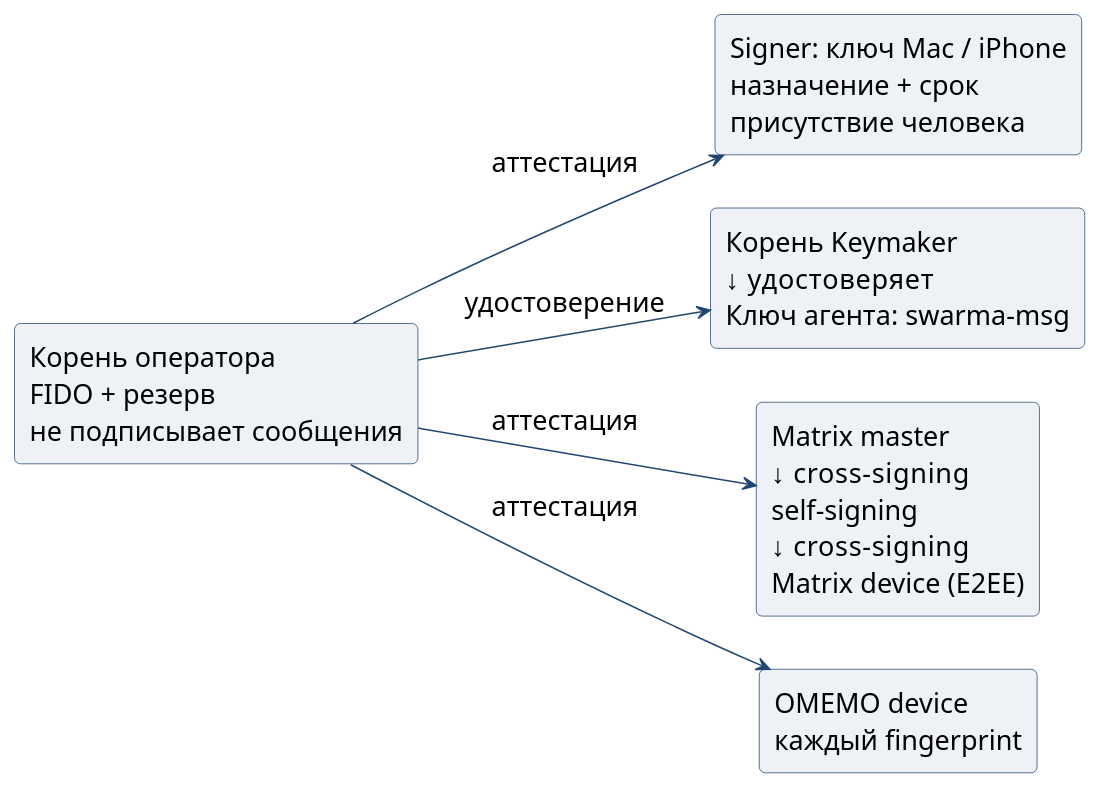
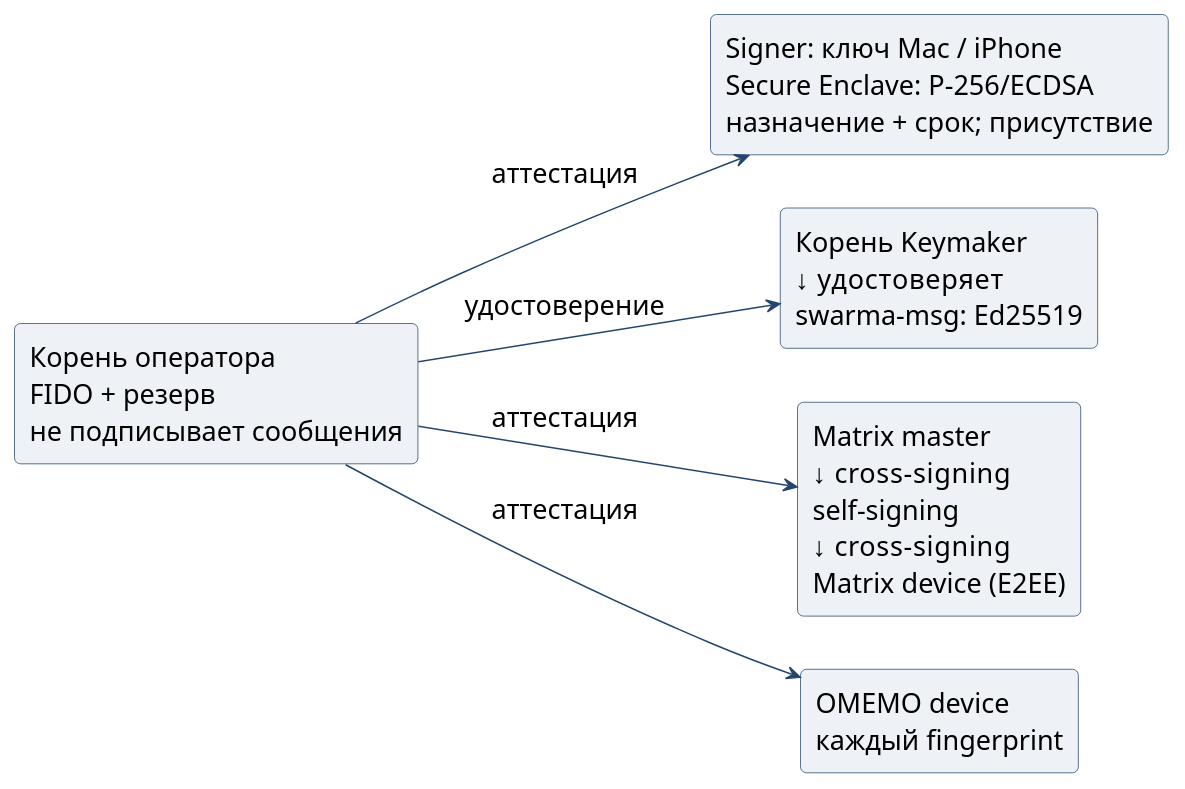
Before and after one commit to relux-works/swarma-docs: the diagram in editorial/notes/signing-auth/src/trust-chain.puml, drawn with PlantUML. The commit also changed 11 other files, not shown here.

```diff
--- a/editorial/notes/signing-auth/src/trust-chain.puml
+++ b/editorial/notes/signing-auth/src/trust-chain.puml
@@ -1,19 +1,19 @@
 @startuml
 left to right direction
 skinparam defaultFontName PT Sans
 skinparam defaultFontSize 18
 skinparam shadowing false
 skinparam roundcorner 8
 skinparam ArrowColor #23466e
 skinparam rectangleBackgroundColor #eef1f5
 skinparam rectangleBorderColor #23466e
 rectangle "Корень оператора\nFIDO + резерв\nне подписывает сообщения" as root
-rectangle "Signer: ключ Mac / iPhone\nназначение + срок\nприсутствие человека" as signer
-rectangle "Корень Keymaker\n↓ удостоверяет\nКлюч агента: swarma-msg" as km
+rectangle "Signer: ключ Mac / iPhone\nSecure Enclave: P-256/ECDSA\nназначение + срок; присутствие" as signer
+rectangle "Корень Keymaker\n↓ удостоверяет\nswarma-msg: Ed25519" as km
 rectangle "Matrix master\n↓ cross-signing\nself-signing\n↓ cross-signing\nMatrix device (E2EE)" as master
 rectangle "OMEMO device\nкаждый fingerprint" as xmpp
 root --> signer : аттестация
 root --> km : удостоверение
 root --> master : аттестация
 root --> xmpp : аттестация
 @enduml
```
